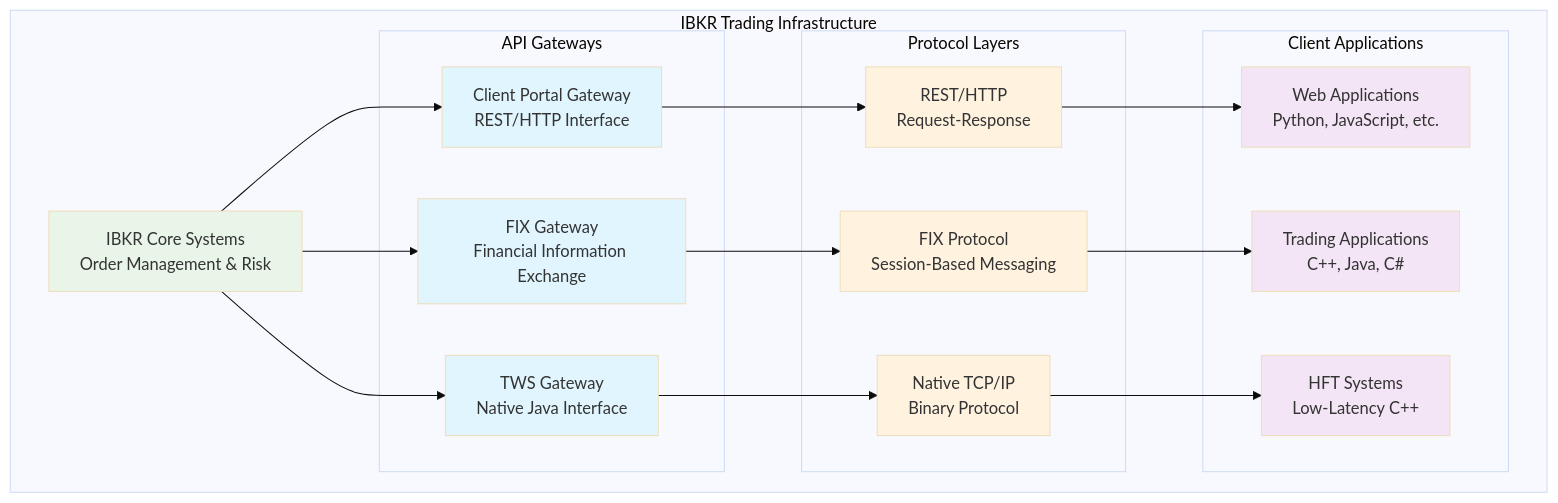
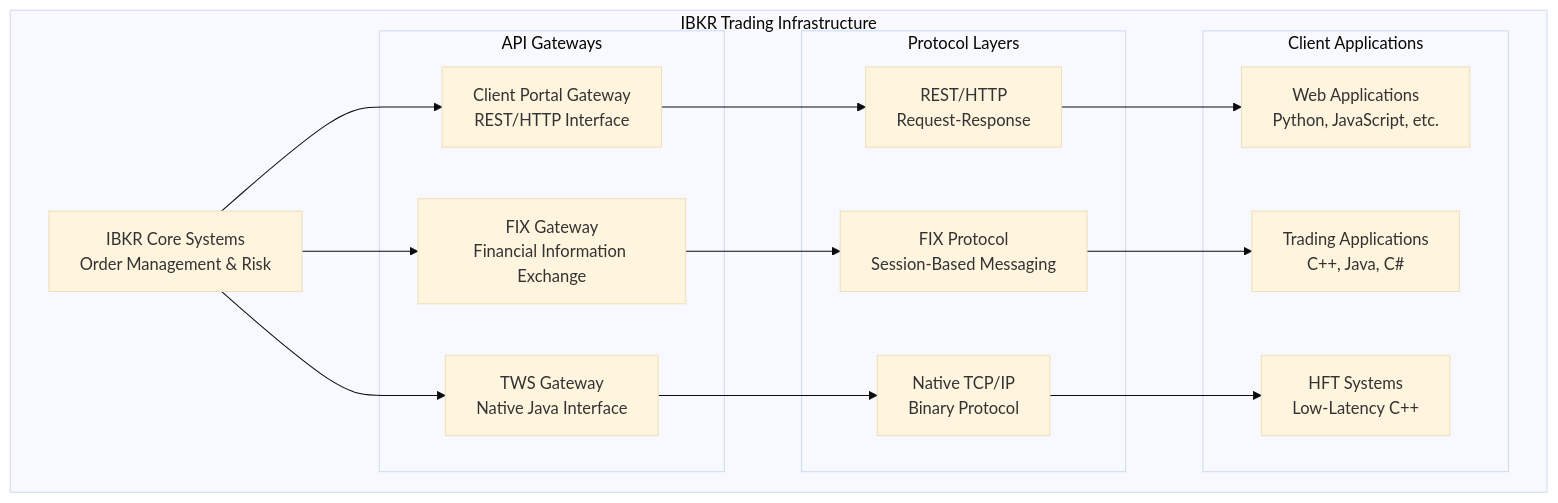
Before and after one commit to petewilburn/Python-Programs-for-Fun-and-Education: the first of 8 diagrams in src/Python_Programs/IBKR_API_Comparison_Guide.md, drawn with Mermaid (base theme). The commit also changed other lines of this file and 3 other files, not shown here.

Commit message:
Remove all Mermaid styling for better dark mode compatibility

````diff
--- a/src/Python_Programs/IBKR_API_Comparison_Guide.md
+++ b/src/Python_Programs/IBKR_API_Comparison_Guide.md
@@ -9,50 +9,41 @@
 ```mermaid
 graph TB
     subgraph "IBKR Trading Infrastructure"
         IBKRCore[IBKR Core Systems<br/>Order Management & Risk]
         
         subgraph "API Gateways"
             WebGW[Client Portal Gateway<br/>REST/HTTP Interface]
             FIXGW[FIX Gateway<br/>Financial Information Exchange]
             TWSGW[TWS Gateway<br/>Native Java Interface]
         end
         
         subgraph "Protocol Layers"
             REST[REST/HTTP<br/>Request-Response]
             FIX[FIX Protocol<br/>Session-Based Messaging]
             Native[Native TCP/IP<br/>Binary Protocol]
         end
         
         subgraph "Client Applications"
             WebApp[Web Applications<br/>Python, JavaScript, etc.]
             TradingApp[Trading Applications<br/>C++, Java, C#]
             HFTApp[HFT Systems<br/>Low-Latency C++]
         end
     end
     
     %% Core to gateways
     IBKRCore --> WebGW
     IBKRCore --> FIXGW
     IBKRCore --> TWSGW
     
     %% Gateways to protocols
     WebGW --> REST
     FIXGW --> FIX
     TWSGW --> Native
     
     %% Protocols to applications
     REST --> WebApp
     FIX --> TradingApp
     Native --> HFTApp
     
     %% Styling
-    classDef core fill:#e8f5e8
-    classDef gateway fill:#e1f5fe
-    classDef protocol fill:#fff3e0
-    classDef app fill:#f3e5f5
-    
-    class IBKRCore core
-    class WebGW,FIXGW,TWSGW gateway
-    class REST,FIX,Native protocol
-    class WebApp,TradingApp,HFTApp app
 ```
````
